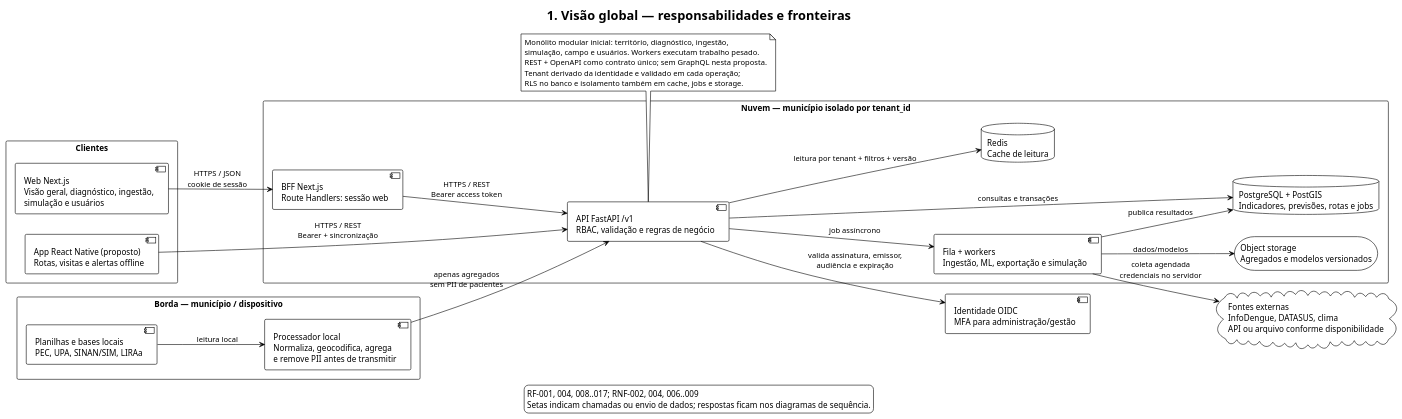
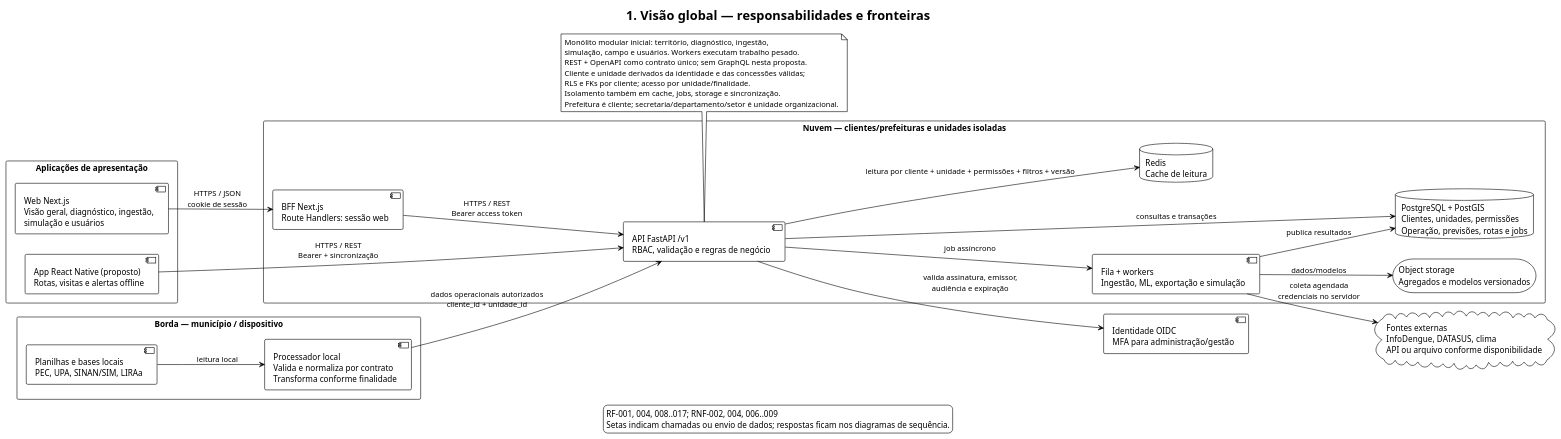
One commit to FabinhoFarias/projeto-informatica-em-saude changed the diagram in docs/arquitetura/preview/Denguinhos_01_Visao_Global.puml. Above: the diagram before and after it, drawn with PlantUML. The commit also changed 28 other files, not shown here.

```diff
--- a/docs/arquitetura/preview/Denguinhos_01_Visao_Global.puml
+++ b/docs/arquitetura/preview/Denguinhos_01_Visao_Global.puml
@@ -2,50 +2,52 @@
 @startuml Denguinhos_01_Visao_Global
     !theme plain
     left to right direction
     skinparam componentStyle uml2
     skinparam packageStyle rectangle
     skinparam shadowing false
     title 1. Visão global — responsabilidades e fronteiras
 
-    package "Clientes" {
+    package "Aplicações de apresentação" {
     [Web Next.js\nVisão geral, diagnóstico, ingestão,\nsimulação e usuários] as Web
     [App React Native (proposto)\nRotas, visitas e alertas offline] as Mobile
     }
-    package "Nuvem — município isolado por tenant_id" {
+    package "Nuvem — clientes/prefeituras e unidades isoladas" {
     [BFF Next.js\nRoute Handlers: sessão web] as BFF
     [API FastAPI /v1\nRBAC, validação e regras de negócio] as API
     [Fila + workers\nIngestão, ML, exportação e simulação] as Workers
-    database "PostgreSQL + PostGIS\nIndicadores, previsões, rotas e jobs" as DB
+    database "PostgreSQL + PostGIS\nClientes, unidades, permissões\nOperação, previsões, rotas e jobs" as DB
     database "Redis\nCache de leitura" as Cache
     storage "Object storage\nAgregados e modelos versionados" as Storage
     }
     [Identidade OIDC\nMFA para administração/gestão] as IdP
     package "Borda — município / dispositivo" {
     [Planilhas e bases locais\nPEC, UPA, SINAN/SIM, LIRAa] as Local
-    [Processador local\nNormaliza, geocodifica, agrega\ne remove PII antes de transmitir] as Edge
+    [Processador local\nValida e normaliza por contrato\nTransforma conforme finalidade] as Edge
     }
     cloud "Fontes externas\nInfoDengue, DATASUS, clima\nAPI ou arquivo conforme disponibilidade" as Sources
     Web --> BFF : HTTPS / JSON\ncookie de sessão
     BFF --> API : HTTPS / REST\nBearer access token
     Mobile --> API : HTTPS / REST\nBearer + sincronização
     API --> IdP : valida assinatura, emissor,\naudiência e expiração
-    API --> Cache : leitura por tenant + filtros + versão
+    API --> Cache : leitura por cliente + unidade + permissões + filtros + versão
     API --> DB : consultas e transações
     API --> Workers : job assíncrono
     Workers --> DB : publica resultados
     Workers --> Storage : dados/modelos
     Local --> Edge : leitura local
-    Edge --> API : apenas agregados\nsem PII de pacientes
+    Edge --> API : dados operacionais autorizados\ncliente_id + unidade_id
     Workers --> Sources : coleta agendada\ncredenciais no servidor
     note bottom of API
     Monólito modular inicial: território, diagnóstico, ingestão,
     simulação, campo e usuários. Workers executam trabalho pesado.
     REST + OpenAPI como contrato único; sem GraphQL nesta proposta.
-    Tenant derivado da identidade e validado em cada operação;
-    RLS no banco e isolamento também em cache, jobs e storage.
+    Cliente e unidade derivados da identidade e das concessões válidas;
+    RLS e FKs por cliente; acesso por unidade/finalidade.
+    Isolamento também em cache, jobs, storage e sincronização.
+    Prefeitura é cliente; secretaria/departamento/setor é unidade organizacional.
     end note
     legend bottom
     RF-001, 004, 008..017; RNF-002, 004, 006..009
     Setas indicam chamadas ou envio de dados; respostas ficam nos diagramas de sequência.
     endlegend
     @enduml
```
